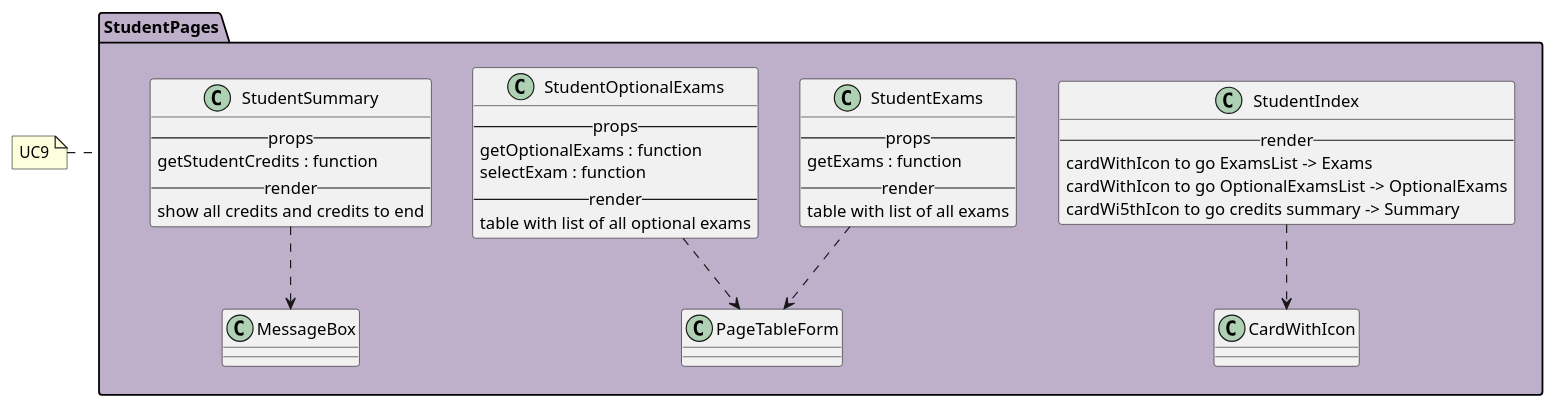
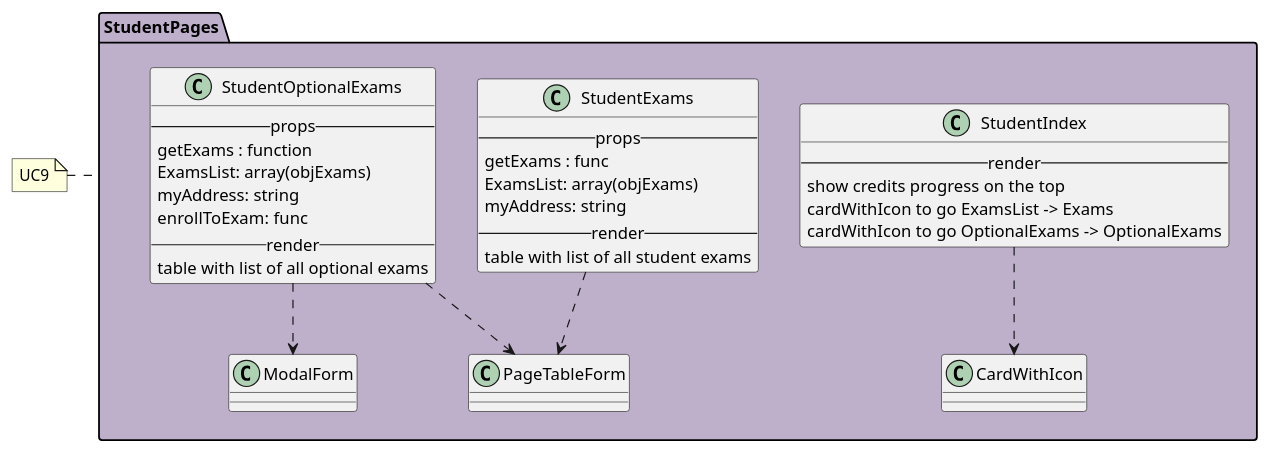
One commit to M9k/Marvin-Uml changed the diagram in react/student/index.iuml. Above: the diagram before and after it, drawn with PlantUML. The commit also changed 2 other files, not shown here.

Commit message:
aggiornato pagine admin/student/teacher

```diff
--- a/react/student/index.iuml
+++ b/react/student/index.iuml
@@ -1,38 +1,37 @@
 package StudentPages #BEAFCA {
 
 class StudentIndex{
     --render--
+        show credits progress on the top
         cardWithIcon to go ExamsList -> Exams
-        cardWithIcon to go OptionalExamsList -> OptionalExams
-        cardWi5thIcon to go credits summary -> Summary
+        cardWithIcon to go OptionalExams -> OptionalExams
 }
 StudentIndex ..> CardWithIcon
 
 class StudentExams{
     --props--
-        getExams : function
+        getExams : func
+        ExamsList: array(objExams)
+        myAddress: string
     --render--
-        table with list of all exams
+        table with list of all student exams
 }
 StudentExams ..> PageTableForm
 
+
 class StudentOptionalExams{
     --props--
-        getOptionalExams : function
-        selectExam : function
+        getExams : function
+        ExamsList: array(objExams)
+        myAddress: string
+        enrollToExam: func
     --render--
         table with list of all optional exams
 }
 StudentOptionalExams ..> PageTableForm
+StudentOptionalExams ..> ModalForm
 
-class StudentSummary{
-    --props--
-        getStudentCredits : function
-    --render--
-        show all credits and credits to end
-}
-StudentSummary ..> MessageBox
 
 }
 
 note left of StudentPages: UC9
```
